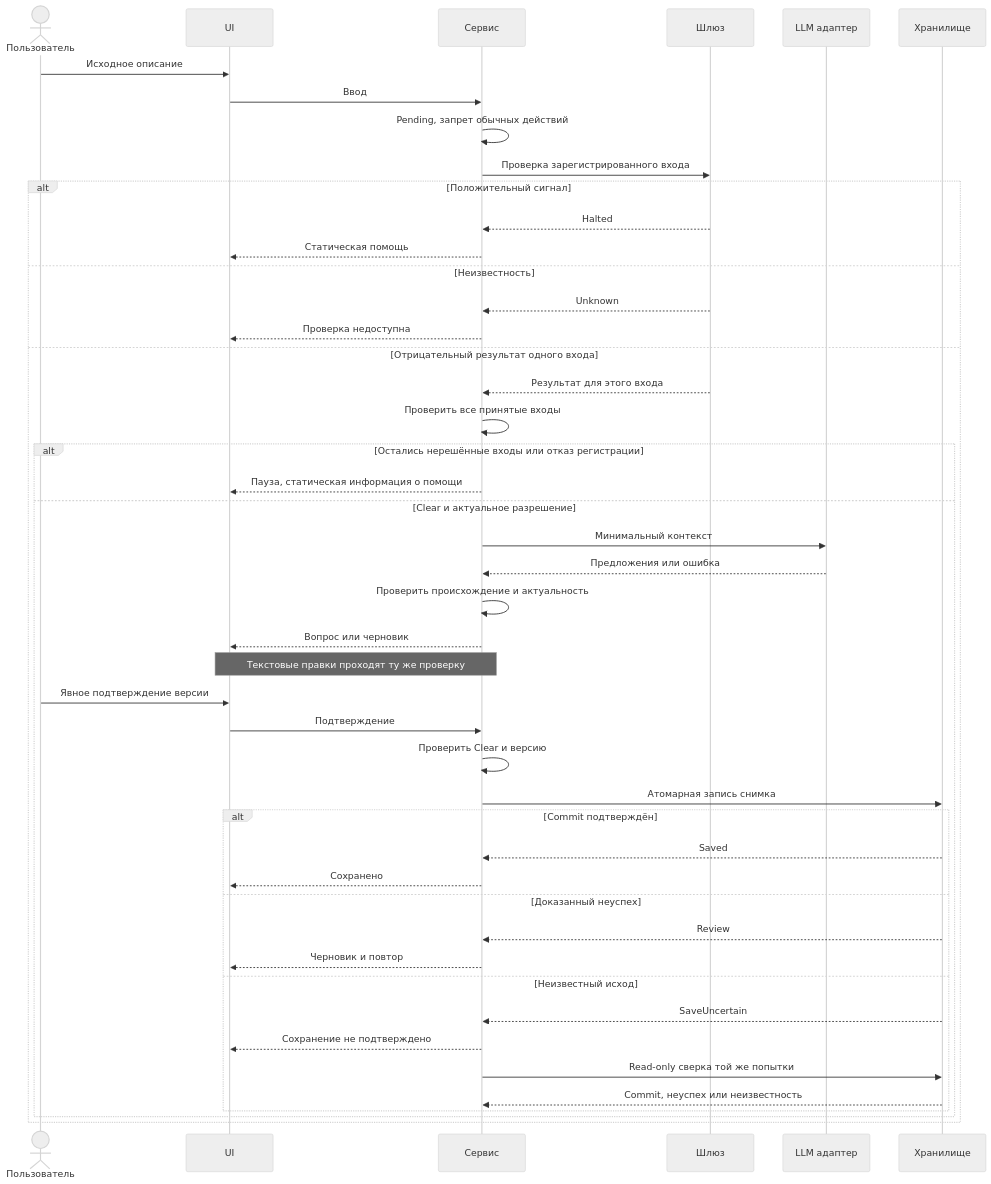
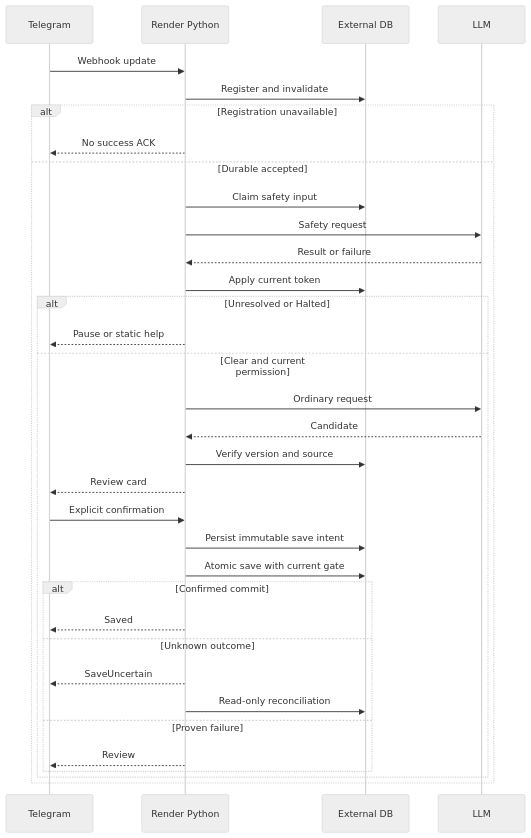
One commit to uralmetal/cbt-therapy-assistent changed the third of 3 diagrams in docs/architecture/architecture-overview.md. Above: the diagram before and after it, drawn with Mermaid (neutral theme). The commit also changed other lines of this file and 11 other files, not shown here.

Commit message:
docs(architecture): address customer review and research stateless Render stack

````diff
--- a/docs/architecture/architecture-overview.md
+++ b/docs/architecture/architecture-overview.md
@@ -79,48 +82,36 @@
 ```mermaid
 sequenceDiagram
-  actor U as Пользователь
-  participant I as UI
-  participant S as Сервис
-  participant G as Шлюз
-  participant L as LLM адаптер
-  participant R as Хранилище
-  U->>I: Исходное описание
-  I->>S: Ввод
-  S->>S: Pending, запрет обычных действий
-  S->>G: Проверка зарегистрированного входа
-  alt Положительный сигнал
-    G-->>S: Halted
-    S-->>I: Статическая помощь
-  else Неизвестность
-    G-->>S: Unknown
-    S-->>I: Проверка недоступна
-  else Отрицательный результат одного входа
-    G-->>S: Результат для этого входа
-    S->>S: Проверить все принятые входы
-    alt Остались нерешённые входы или отказ регистрации
-      S-->>I: Пауза, статическая информация о помощи
-    else Clear и актуальное разрешение
-      S->>L: Минимальный контекст
-      L-->>S: Предложения или ошибка
-      S->>S: Проверить происхождение и актуальность
-      S-->>I: Вопрос или черновик
-      Note over I,S: Текстовые правки проходят ту же проверку
-      U->>I: Явное подтверждение версии
-      I->>S: Подтверждение
-      S->>S: Проверить Clear и версию
-      S->>R: Атомарная запись снимка
-      alt Commit подтверждён
-        R-->>S: Saved
-        S-->>I: Сохранено
-      else Доказанный неуспех
-        R-->>S: Review
-        S-->>I: Черновик и повтор
-      else Неизвестный исход
-        R-->>S: SaveUncertain
-        S-->>I: Сохранение не подтверждено
-        S->>R: Read-only сверка той же попытки
-        R-->>S: Commit, неуспех или неизвестность
+  participant T as Telegram
+  participant P as Render Python
+  participant D as External DB
+  participant L as LLM
+  T->>P: Webhook update
+  P->>D: Register and invalidate
+  alt Registration unavailable
+    P-->>T: No success ACK
+  else Durable accepted
+    P->>D: Claim safety input
+    P->>L: Safety request
+    L-->>P: Result or failure
+    P->>D: Apply current token
+    alt Unresolved or Halted
+      P-->>T: Pause or static help
+    else Clear and current permission
+      P->>L: Ordinary request
+      L-->>P: Candidate
+      P->>D: Verify version and source
+      P-->>T: Review card
+      T->>P: Explicit confirmation
+      P->>D: Persist immutable save intent
+      P->>D: Atomic save with current gate
+      alt Confirmed commit
+        P-->>T: Saved
+      else Unknown outcome
+        P-->>T: SaveUncertain
+        P->>D: Read-only reconciliation
+      else Proven failure
+        P-->>T: Review
       end
     end
   end
 ```
````
